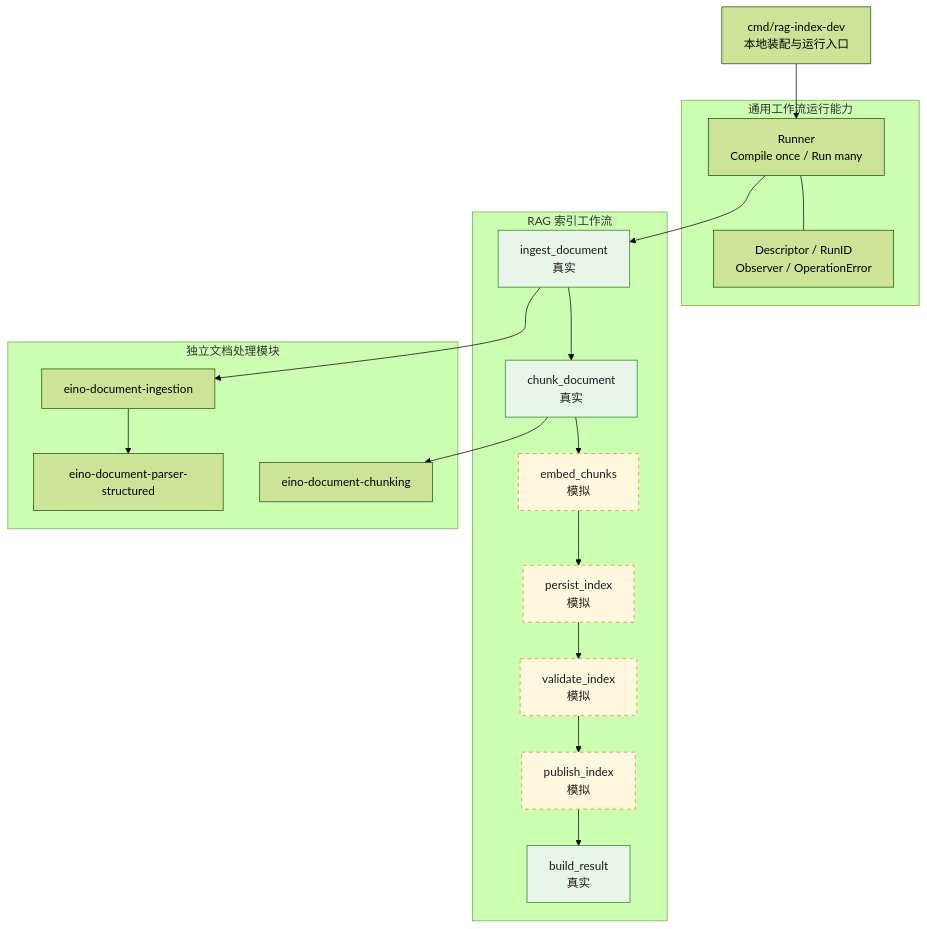
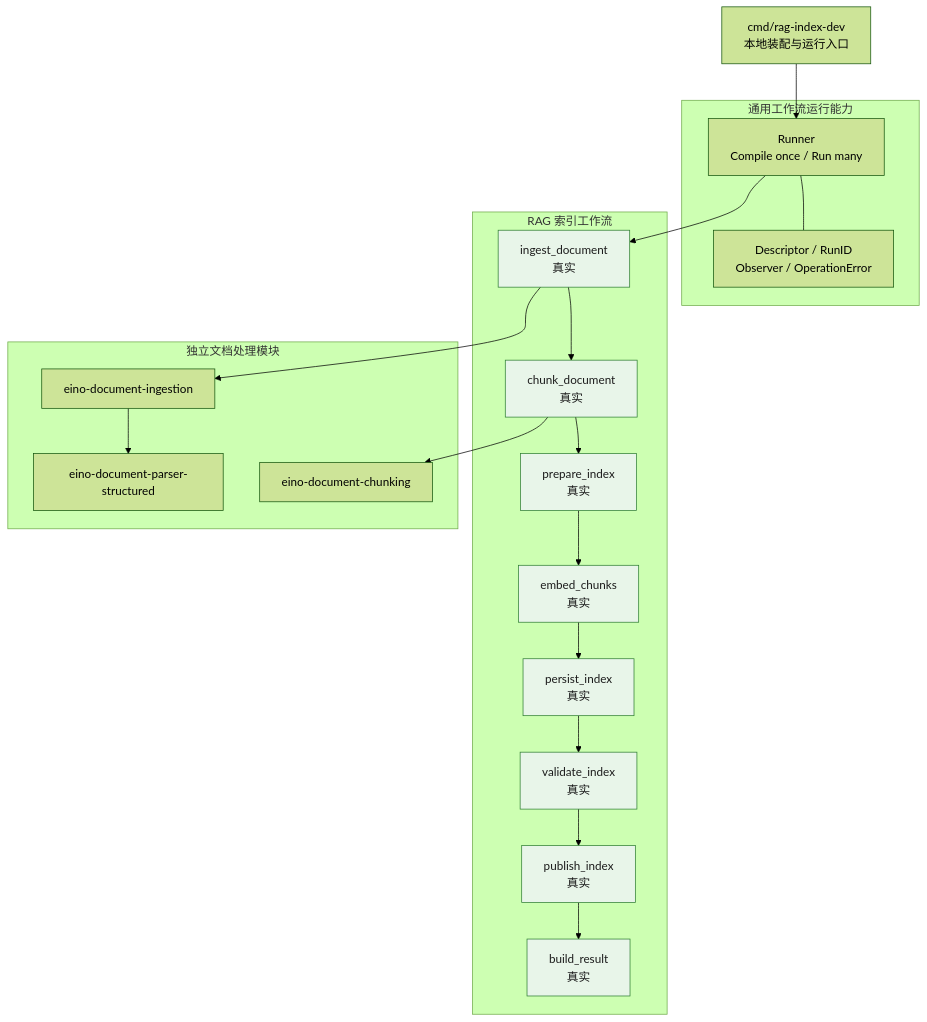
The first of 3 diagrams in README.md (wo4zhuzi/eino-flow), drawn with Mermaid (forest theme) before and after one commit. The commit also changed other lines of this file and 12 other files, not shown here.

````diff
--- a/README.md
+++ b/README.md
@@ -28,38 +28,37 @@
 ```mermaid
 flowchart TB
     Entry[cmd/rag-index-dev<br/>本地装配与运行入口]
 
     subgraph Runtime[通用工作流运行能力]
         Runner[Runner<br/>Compile once / Run many]
         Governance[Descriptor / RunID<br/>Observer / OperationError]
         Runner --- Governance
     end
 
     subgraph RAG[RAG 索引工作流]
         Ingest[ingest_document<br/>真实]
         Chunk[chunk_document<br/>真实]
-        Embed[embed_chunks<br/>模拟]
-        Persist[persist_index<br/>模拟]
-        Validate[validate_index<br/>模拟]
-        Publish[publish_index<br/>模拟]
+        Prepare[prepare_index<br/>真实]
+        Embed[embed_chunks<br/>真实]
+        Persist[persist_index<br/>真实]
+        Validate[validate_index<br/>真实]
+        Publish[publish_index<br/>真实]
         Result[build_result<br/>真实]
 
-        Ingest --> Chunk --> Embed --> Persist --> Validate --> Publish --> Result
+        Ingest --> Chunk --> Prepare --> Embed --> Persist --> Validate --> Publish --> Result
     end
 
     subgraph Packages[独立文档处理模块]
         Ingestion[eino-document-ingestion]
         Parser[eino-document-parser-structured]
         Chunking[eino-document-chunking]
     end
 
     Entry --> Runner --> Ingest
     Ingest --> Ingestion
     Ingestion --> Parser
     Chunk --> Chunking
 
     classDef real fill:#e8f5e9,stroke:#2e7d32,color:#1b1b1b;
-    classDef simulated fill:#fff8e1,stroke:#f57f17,stroke-dasharray: 5 5,color:#1b1b1b;
-    class Ingest,Chunk,Result real;
-    class Embed,Persist,Validate,Publish simulated;
+    class Ingest,Chunk,Prepare,Embed,Persist,Validate,Publish,Result real;
 ```
````
